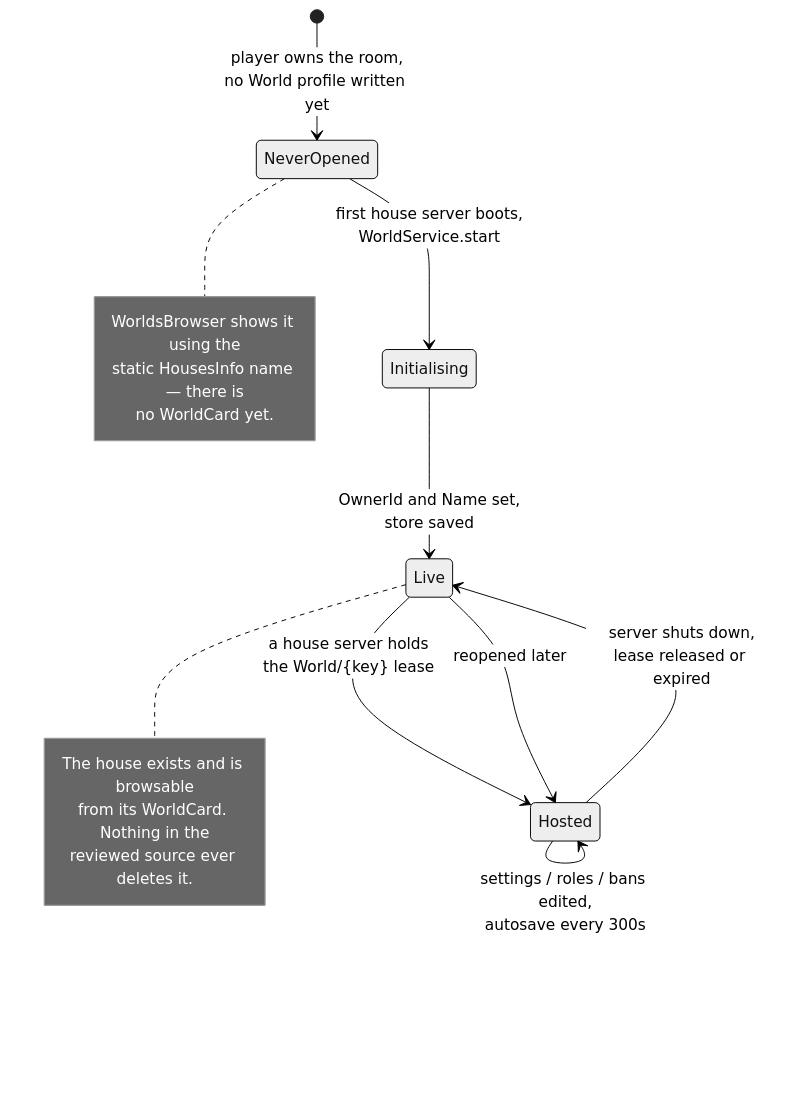
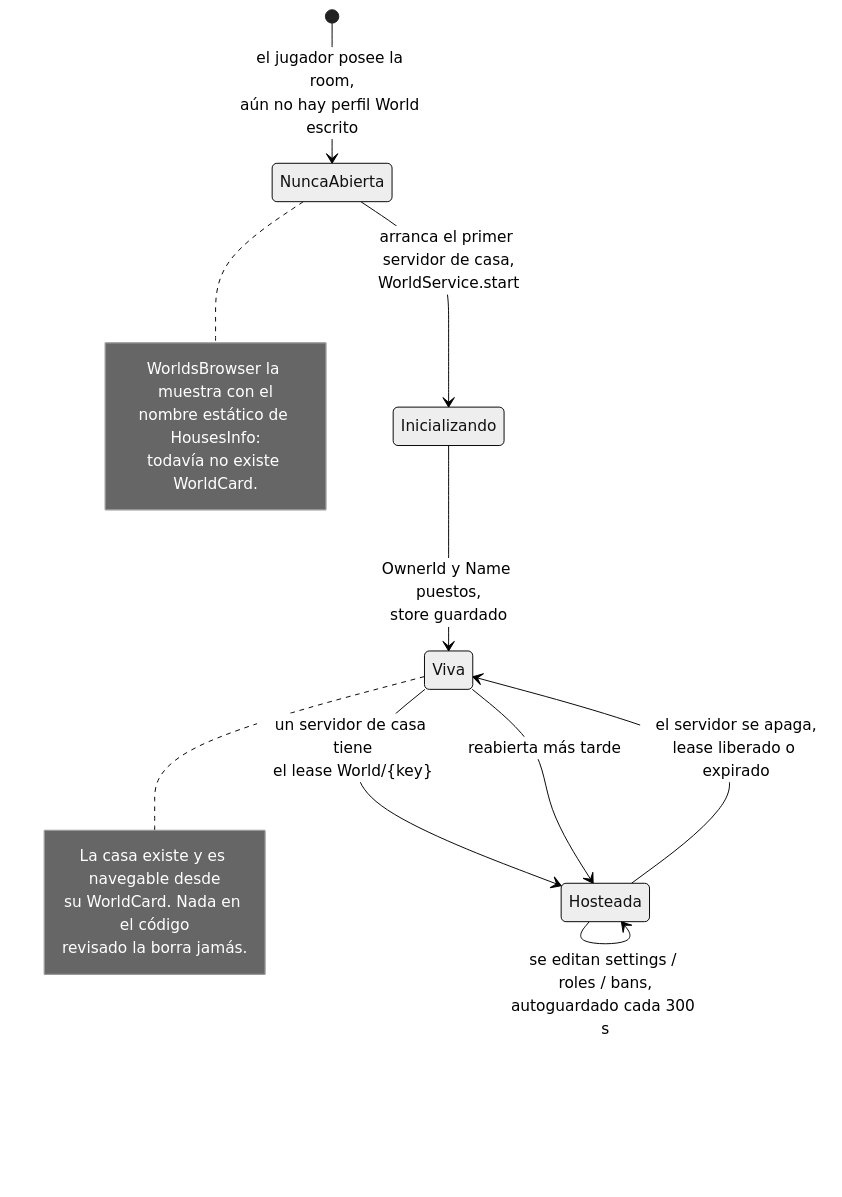
The diagram in docs/systems/housing/persistence.md (Arclyne/voz-hispana), drawn with Mermaid (neutral theme) before and after one commit. The commit also changed other lines of this file and 6 other files, not shown here.

````diff
--- a/docs/systems/housing/persistence.md
+++ b/docs/systems/housing/persistence.md
@@ -102,24 +102,24 @@
 ```mermaid
 stateDiagram-v2
-    [*] --> NeverOpened: player owns the room,<br/>no World profile written yet
-    NeverOpened --> Initialising: first house server boots,<br/>WorldService.start
-    Initialising --> Live: OwnerId and Name set,<br/>store saved
+    [*] --> NuncaAbierta: el jugador posee la room,<br/>aún no hay perfil World escrito
+    NuncaAbierta --> Inicializando: arranca el primer servidor de casa,<br/>WorldService.start
+    Inicializando --> Viva: OwnerId y Name puestos,<br/>store guardado
 
-    Live --> Hosted: a house server holds<br/>the World/{key} lease
-    Hosted --> Live: server shuts down,<br/>lease released or expired
-    Live --> Hosted: reopened later
+    Viva --> Hosteada: un servidor de casa tiene<br/>el lease World/{key}
+    Hosteada --> Viva: el servidor se apaga,<br/>lease liberado o expirado
+    Viva --> Hosteada: reabierta más tarde
 
-    Hosted --> Hosted: settings / roles / bans edited,<br/>autosave every 300s
+    Hosteada --> Hosteada: se editan settings / roles / bans,<br/>autoguardado cada 300 s
 
-    note right of NeverOpened
-        WorldsBrowser shows it using the
-        static HousesInfo name — there is
-        no WorldCard yet.
+    note right of NuncaAbierta
+        WorldsBrowser la muestra con el
+        nombre estático de HousesInfo:
+        todavía no existe WorldCard.
     end note
 
-    note right of Live
-        The house exists and is browsable
-        from its WorldCard. Nothing in the
-        reviewed source ever deletes it.
+    note right of Viva
+        La casa existe y es navegable desde
+        su WorldCard. Nada en el código
+        revisado la borra jamás.
     end note
 ```
````
